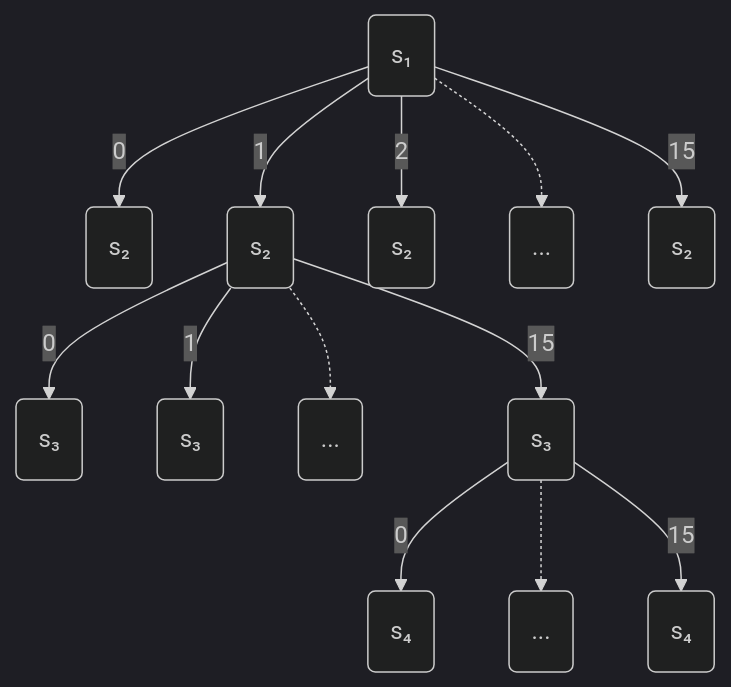
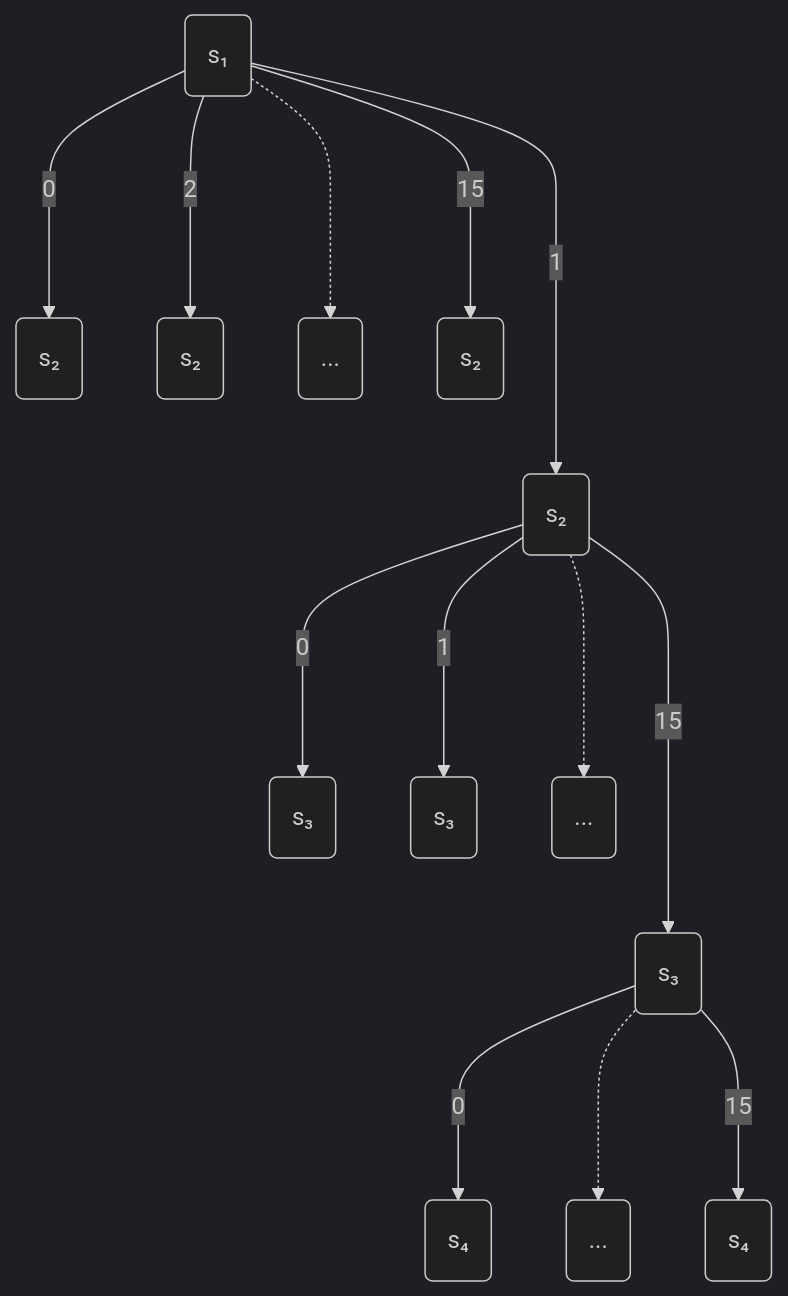
Before and after one commit to Tsumiiiiiiii/Tsumiiiiiiii.github.io: the diagram in content/posts/dice24/dice24_rps_casino.md, drawn with Mermaid (dark theme).

```diff
--- a/content/posts/dice24/dice24_rps_casino.md
+++ b/content/posts/dice24/dice24_rps_casino.md
@@ -254,15 +254,15 @@
 {{< mermaid >}}
 flowchart TD;
-  A("s₁") -->|0| B("s₂")
-  A -->|1| C("s₂")
-  A -->|2| D("s₂")
-  A -.->  SK1(...)
-  A -->|15| F("s₂")
-  C --> |0| G("s₃")
-  C --> |1| H("s₃")
-  C -.->  SK2(...)
-  C --> |15| I("s₃")
-  I --> |0| J("s₄")
-  I -.-> SK3(...)
-  I --> |15| K("s₄")
+  A("s₁") --->|0| B("s₂")
+  A ---->|1| C("s₂")
+  A --->|2| D("s₂")
+  A -..->  SK1(...)
+  A --->|15| F("s₂")
+  C ---> |0| G("s₃")
+  C ---> |1| H("s₃")
+  C -..->  SK2(...)
+  C ----> |15| I("s₃")
+  I ---> |0| J("s₄")
+  I -..-> SK3(...)
+  I ---> |15| K("s₄")
 {{< /mermaid >}}
```
